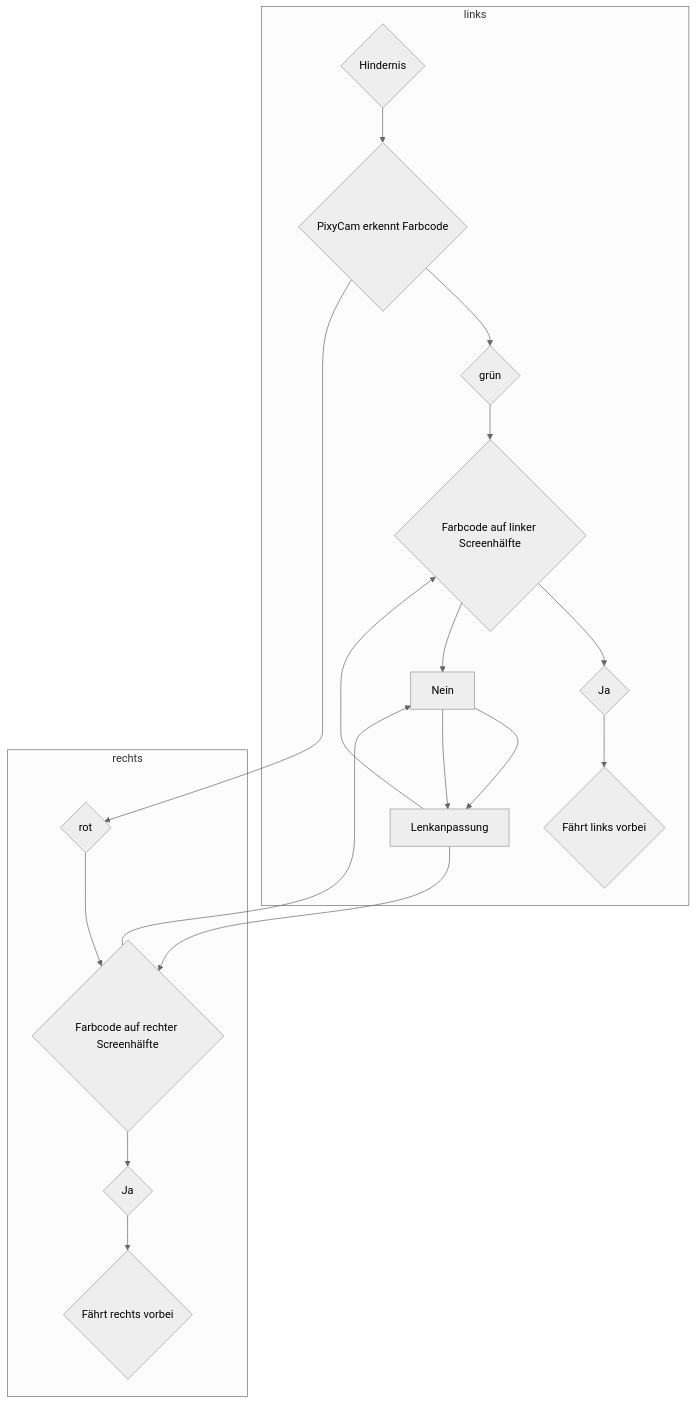
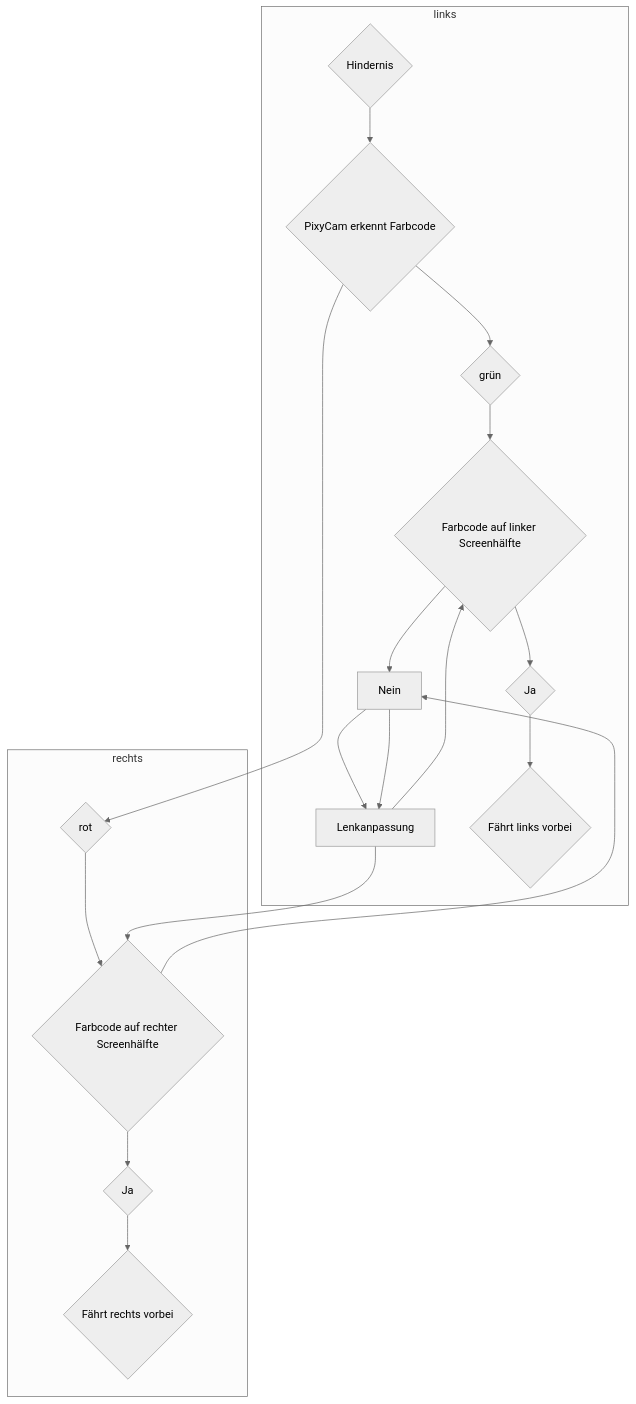
One commit to SchroedingersBit/PfortGTPanama changed the diagram in Programme/Hindernisrennen/README.md. Above: the diagram before and after it, drawn with Mermaid (neutral theme).

````diff
--- a/Programme/Hindernisrennen/README.md
+++ b/Programme/Hindernisrennen/README.md
@@ -4,21 +4,22 @@
 ```mermaid
 graph TB;
 subgraph links
 A{Hindernis} -->B{PixyCam erkennt Farbcode};
 B-->E{grün}-->C1{Farbcode auf linker Screenhälfte};
-C1-->J1{Ja};
+
 C1 --> Nein;
 Nein --> Lenkanpassung;
 Lenkanpassung-->C1;
+C1-->J1{Ja};
 J1-->R{Fährt links vorbei};
 end
 
 subgraph rechts
 B-->C{rot}-->C2{Farbcode auf rechter Screenhälfte};
 C2 --> Nein; 
-C2-->J2{Ja};
 Nein --> Lenkanpassung;
 Lenkanpassung -->C2;
+C2-->J2{Ja};
 J2-->L{Fährt rechts vorbei};
 end
 ```
````
